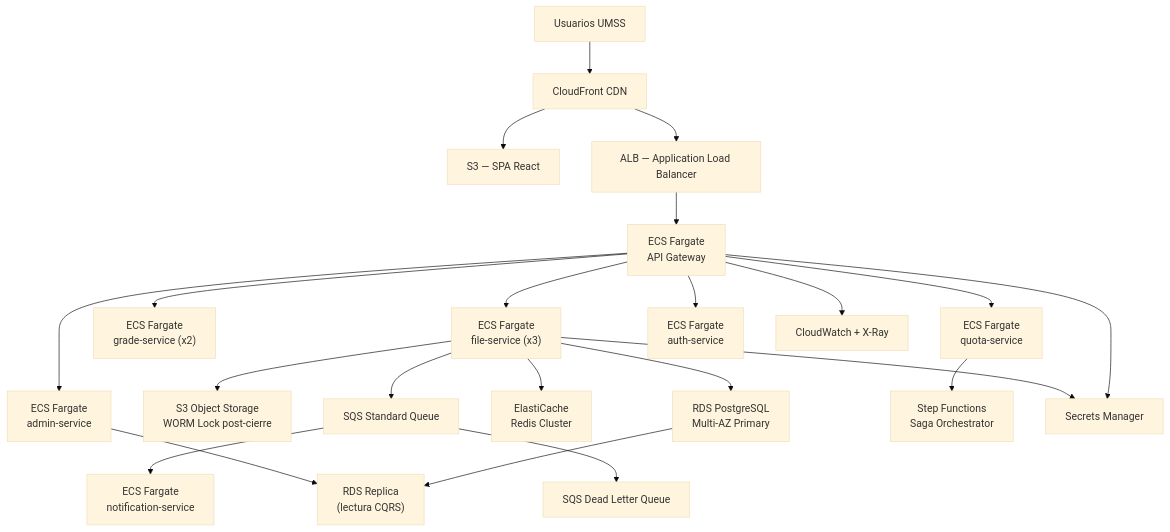
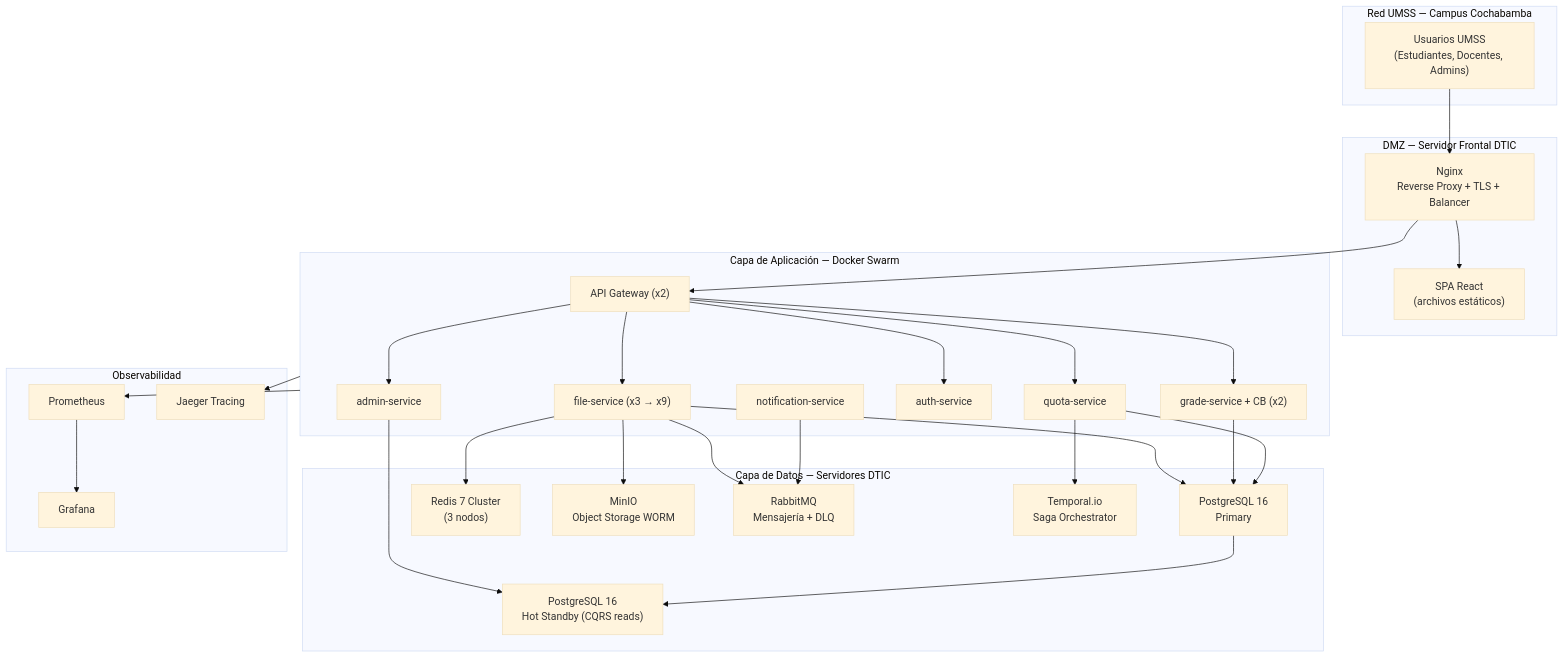
One commit to cgomez-mpsia/simoncloud-m3 changed the eighth of 9 diagrams in docs/DTI.md. Above: the diagram before and after it, drawn with Mermaid (base theme). The commit also changed other lines of this file and 4 other files, not shown here.

First line of the commit message:
feat(arch): migrar despliegue a on-premise — soberanía de datos UMSS (Ley 164)

````diff
--- a/docs/DTI.md
+++ b/docs/DTI.md
@@ -413,24 +419,49 @@
 ```mermaid
 flowchart TD
-    Users["Usuarios UMSS"] --> CF["CloudFront CDN"]
-    CF --> S3_SPA["S3 — SPA React"]
-    CF --> ALB["ALB — Application Load Balancer"]
-    ALB --> GW["ECS Fargate\nAPI Gateway"]
-    GW --> FS["ECS Fargate\nfile-service (x3)"]
-    GW --> GS["ECS Fargate\ngrade-service (x2)"]
-    GW --> QS["ECS Fargate\nquota-service"]
-    GW --> AS["ECS Fargate\nauth-service"]
-    GW --> ADM["ECS Fargate\nadmin-service"]
-    FS --> S3_OBJ["S3 Object Storage\nWORM Lock post-cierre"]
-    FS --> RDS["RDS PostgreSQL\nMulti-AZ Primary"]
-    FS --> ELAST["ElastiCache\nRedis Cluster"]
-    FS --> SQS_Q["SQS Standard Queue"]
-    SQS_Q --> NS["ECS Fargate\nnotification-service"]
-    SQS_Q --> DLQ["SQS Dead Letter Queue"]
-    QS --> SF["Step Functions\nSaga Orchestrator"]
-    RDS --> RDS_R["RDS Replica\n(lectura CQRS)"]
-    ADM --> RDS_R
-    GW --> SM["Secrets Manager"]
-    FS --> SM
-    GW --> CW["CloudWatch + X-Ray"]
+    subgraph Campus["Red UMSS — Campus Cochabamba"]
+        Users["Usuarios UMSS\n(Estudiantes, Docentes, Admins)"]
+    end
+
+    subgraph DMZ["DMZ — Servidor Frontal DTIC"]
+        Nginx["Nginx\nReverse Proxy + TLS + Balancer"]
+        SPA["SPA React\n(archivos estáticos)"]
+    end
+
+    subgraph AppLayer["Capa de Aplicación — Docker Swarm"]
+        GW["API Gateway (x2)"]
+        FS["file-service (x3 → x9)"]
+        GS["grade-service + CB (x2)"]
+        QS["quota-service"]
+        AS["auth-service"]
+        NS["notification-service"]
+        ADM["admin-service"]
+    end
+
+    subgraph DataLayer["Capa de Datos — Servidores DTIC"]
+        PG_P["PostgreSQL 16\nPrimary"]
+        PG_R["PostgreSQL 16\nHot Standby (CQRS reads)"]
+        REDIS["Redis 7 Cluster\n(3 nodos)"]
+        MINIO["MinIO\nObject Storage WORM"]
+        RABBIT["RabbitMQ\nMensajería + DLQ"]
+        TEMPORAL["Temporal.io\nSaga Orchestrator"]
+    end
+
+    subgraph Ops["Observabilidad"]
+        PROM["Prometheus"]
+        GRAFANA["Grafana"]
+        JAEGER["Jaeger Tracing"]
+    end
+
+    Users --> Nginx
+    Nginx --> SPA
+    Nginx --> GW
+    GW --> FS & GS & QS & AS & ADM
+    FS --> PG_P & REDIS & MINIO & RABBIT
+    GS --> PG_P
+    QS --> PG_P & TEMPORAL
+    NS --> RABBIT
+    ADM --> PG_R
+    PG_P --> PG_R
+    AppLayer --> PROM --> GRAFANA
+    AppLayer --> JAEGER
 ```
````
